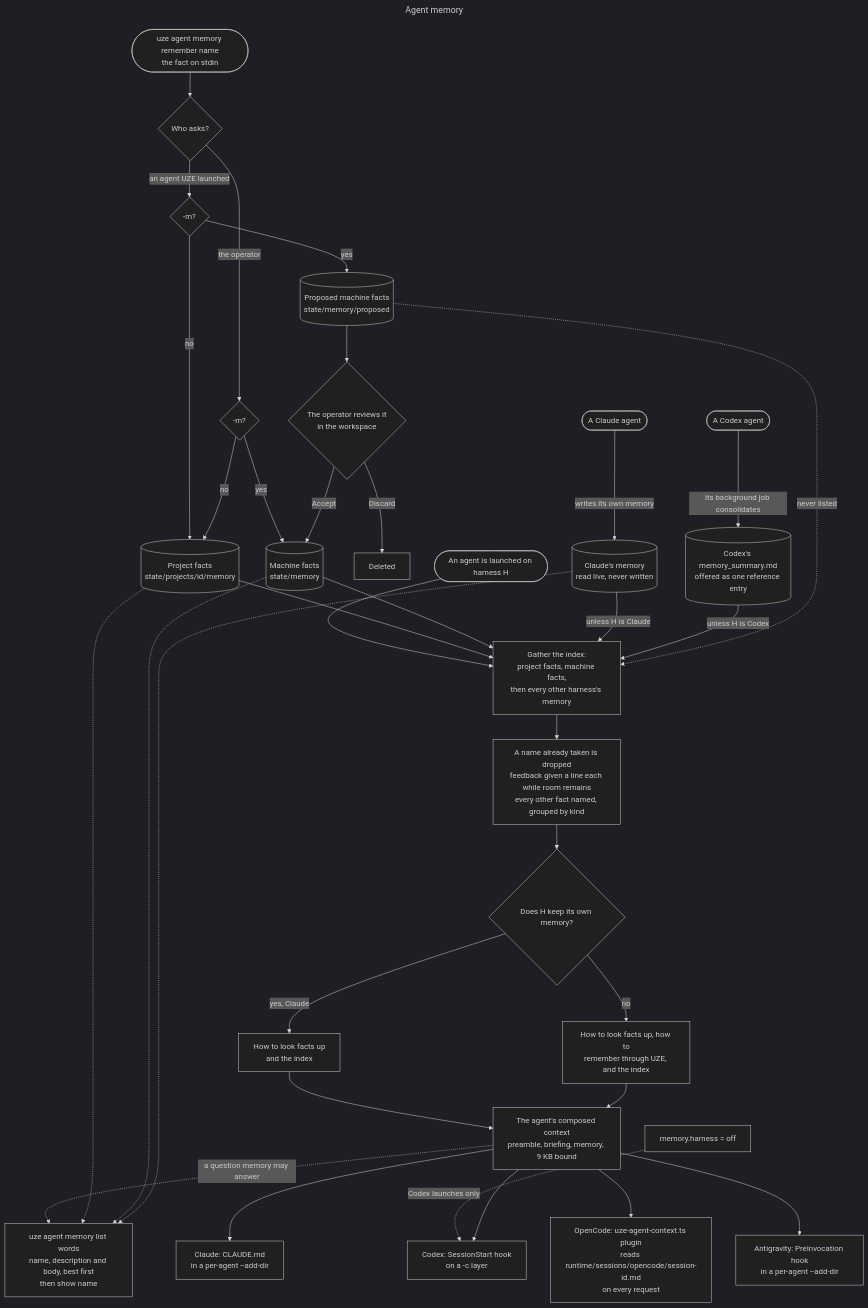
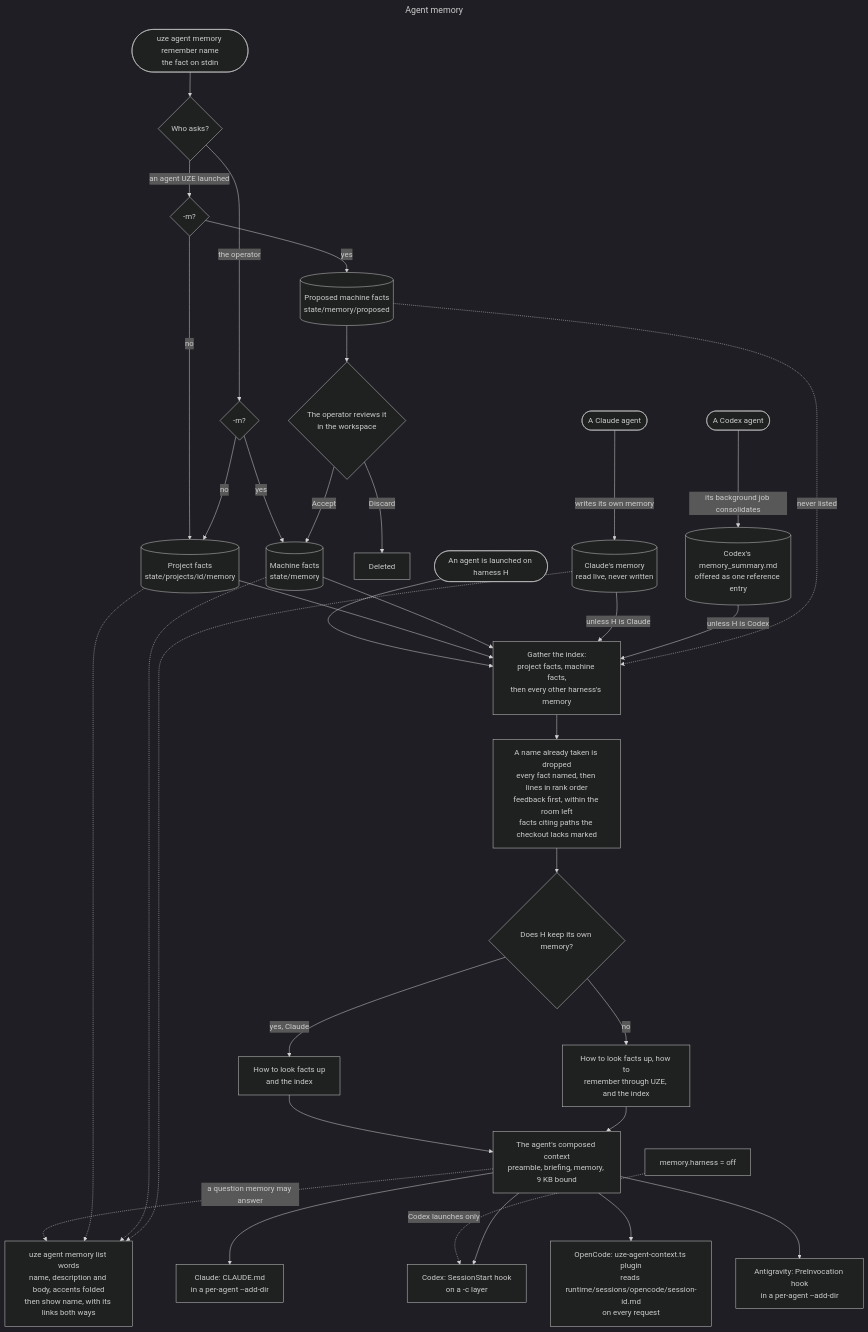
One commit to luizfbalves/uze changed the diagram in docs/architecture/agent-memory.mmd. Above: the diagram before and after it, drawn with Mermaid (dark theme). The commit also changed 34 other files, not shown here.

First line of the commit message:
feat(memory): mark facts citing paths missing from the checkout (#277)

```diff
--- a/docs/architecture/agent-memory.mmd
+++ b/docs/architecture/agent-memory.mmd
@@ -1,54 +1,54 @@
 ---
 title: Agent memory
 ---
 flowchart TD
   click remember href "crates/uze-application/src/application/memory.rs"
   click projectFacts href "crates/uze-core/src/project/memory.rs"
   click proposals href "crates/uze-core/src/project/memory.rs"
   click review href "src/ui/orchestrator/proposal.rs"
   click claudeMemory href "crates/uze-integrations/src/claude/memory.rs"
   click codexSummary href "crates/uze-integrations/src/codex.rs"
   click gather href "crates/uze-application/src/application/memory.rs"
   click rank href "crates/uze-core/src/project/memory.rs"
   click compose href "crates/uze-workspace/src/agent_context.rs"
   click lookup href "crates/uze-application/src/application/memory/find.rs"
   click memoryOff href "src/shim.rs"
   click viaClaude href "crates/uze-integrations/src/claude.rs"
   click viaCodex href "crates/uze-integrations/src/codex.rs"
   click viaOpencode href "crates/uze-integrations/src/opencode.rs"
   click viaAntigravity href "crates/uze-integrations/src/antigravity.rs"
 
   remember([uze agent memory remember name<br/>the fact on stdin]) --> caller{Who asks?}
   caller -->|an agent UZE launched| agentScope{-m?}
   caller -->|the operator| operatorScope{-m?}
   agentScope -->|no| projectFacts[(Project facts<br/>state/projects/id/memory)]
   agentScope -->|yes| proposals[(Proposed machine facts<br/>state/memory/proposed)]
   operatorScope -->|no| projectFacts
   operatorScope -->|yes| machineFacts[(Machine facts<br/>state/memory)]
   proposals --> review{The operator reviews it<br/>in the workspace}
   review -->|Accept| machineFacts
   review -->|Discard| discarded[Deleted]
   claudeAgent([A Claude agent]) -->|writes its own memory| claudeMemory[(Claude's memory<br/>read live, never written)]
   codexAgent([A Codex agent]) -->|its background job consolidates| codexSummary[(Codex's memory_summary.md<br/>offered as one reference entry)]
 
   launch([An agent is launched on harness H]) --> gather[Gather the index:<br/>project facts, machine facts,<br/>then every other harness's memory]
   projectFacts --> gather
   machineFacts --> gather
   claudeMemory -->|unless H is Claude| gather
   codexSummary -->|unless H is Codex| gather
   proposals -.->|never listed| gather
-  gather --> rank[A name already taken is dropped<br/>feedback given a line each while room remains<br/>every other fact named, grouped by kind]
+  gather --> rank[A name already taken is dropped<br/>every fact named, then lines in rank order<br/>feedback first, within the room left<br/>facts citing paths the checkout lacks marked]
   rank --> writesOwn{Does H keep its own memory?}
   writesOwn -->|yes, Claude| indexOnly[How to look facts up<br/>and the index]
   writesOwn -->|no| indexAndHow[How to look facts up, how to<br/>remember through UZE, and the index]
   indexOnly --> compose[The agent's composed context<br/>preamble, briefing, memory, 9 KB bound]
   indexAndHow --> compose
-  compose -.->|a question memory may answer| lookup[uze agent memory list words<br/>name, description and body, best first<br/>then show name]
+  compose -.->|a question memory may answer| lookup[uze agent memory list words<br/>name, description and body, accents folded<br/>then show name, with its links both ways]
   projectFacts -.-> lookup
   machineFacts -.-> lookup
   claudeMemory -.-> lookup
   memoryOff[memory.harness = off] -.->|Codex launches only| viaCodex
   compose --> viaClaude[Claude: CLAUDE.md<br/>in a per-agent --add-dir]
   compose --> viaCodex[Codex: SessionStart hook<br/>on a -c layer]
   compose --> viaOpencode[OpenCode: uze-agent-context.ts plugin<br/>reads runtime/sessions/opencode/session-id.md<br/>on every request]
   compose --> viaAntigravity[Antigravity: PreInvocation hook<br/>in a per-agent --add-dir]
```
